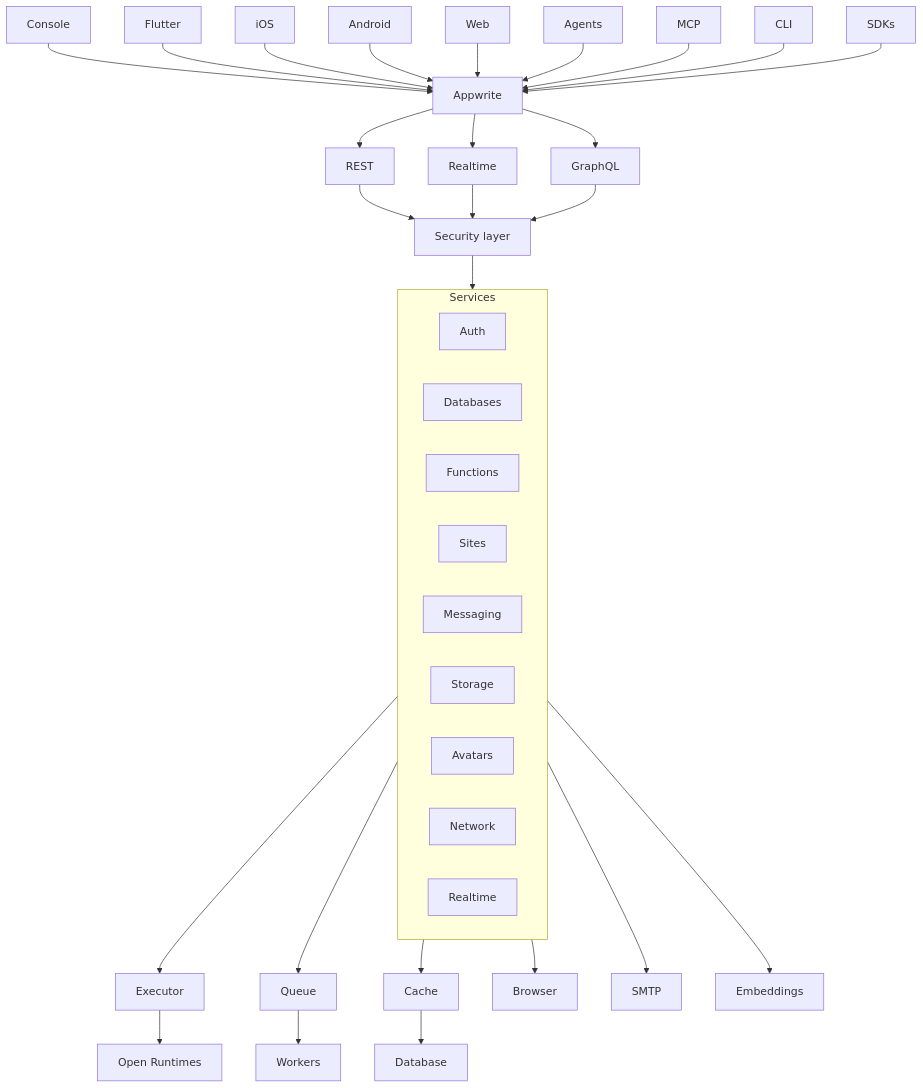
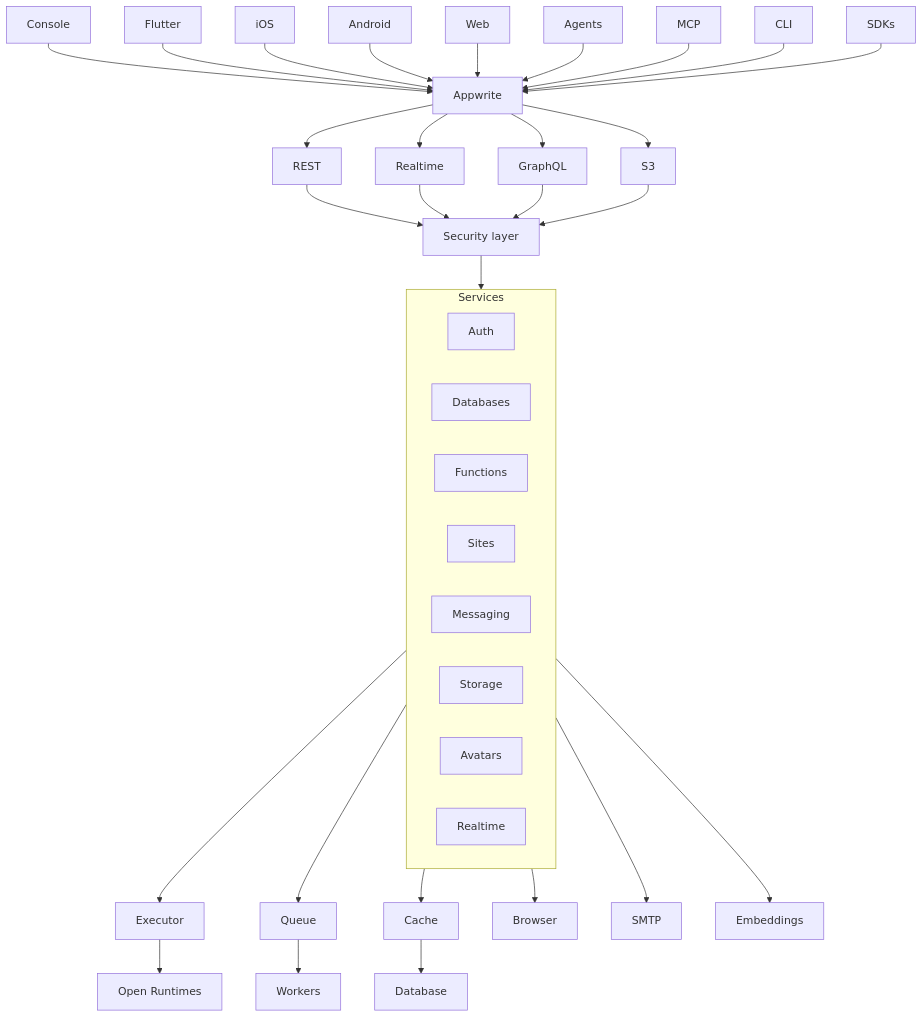
The diagram in README-CN.md (appwrite/appwrite), drawn with Mermaid before and after one commit. The commit also changed 1 other file, not shown here.

Commit message:
docs: add S3 to the API row and drop Network from Services

````diff
--- a/README-CN.md
+++ b/README-CN.md
@@ -215,22 +215,21 @@
 ```mermaid
 flowchart TB
   Console & Flutter & iOS & Android & Web & Agents & MCP & CLI & SDKs --> Appwrite
-  Appwrite --> REST & Realtime & GraphQL
-  REST & Realtime & GraphQL --> securityLayer[Security layer]
+  Appwrite --> REST & Realtime & GraphQL & S3
+  REST & Realtime & GraphQL & S3 --> securityLayer[Security layer]
   securityLayer --> services
   subgraph services [Services]
     Auth
     Databases
     Functions
     Sites
     Messaging
     Storage
     Avatars
-    Network
     productRealtime[Realtime]
   end
   services --> Executor & Queue & Cache & Browser & SMTP & Embeddings
   Cache --> Database
   Queue --> Workers
   Executor --> openRuntimes[Open Runtimes]
 ```
````
